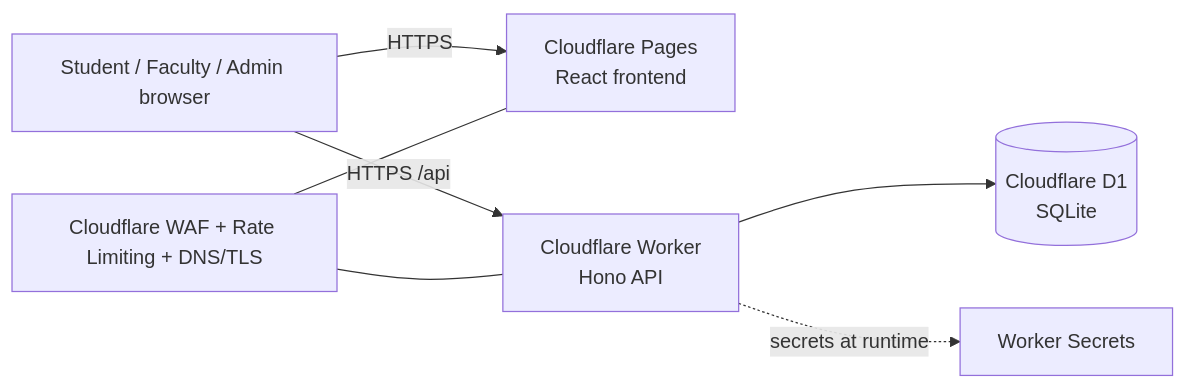
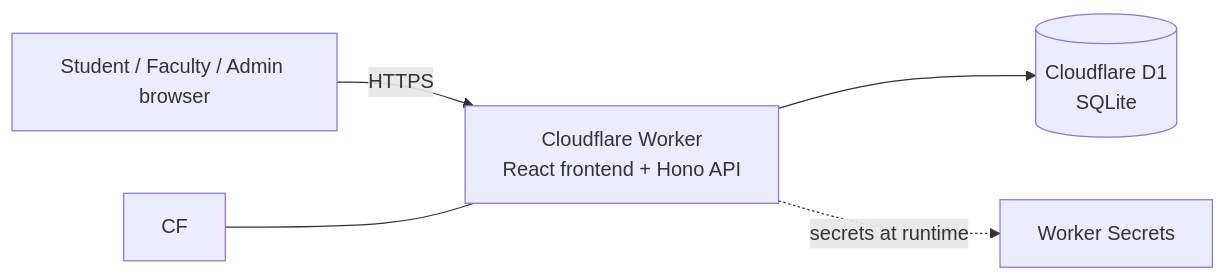
One commit to drewjeanette/Talon changed the diagram in docs/DEPLOYMENT.md. Above: the diagram before and after it, drawn with Mermaid. The commit also changed other lines of this file and 11 other files, not shown here.

````diff
--- a/docs/DEPLOYMENT.md
+++ b/docs/DEPLOYMENT.md
@@ -7,9 +7,7 @@
 ```mermaid
 flowchart LR
-    U[Student / Faculty / Admin browser] -->|HTTPS| P[Cloudflare Pages<br/>React frontend]
-    U -->|HTTPS /api| W[Cloudflare Worker<br/>Hono API]
+    U[Student / Faculty / Admin browser] -->|HTTPS| W[Cloudflare Worker<br/>React frontend + Hono API]
     W --> D[(Cloudflare D1<br/>SQLite)]
     W -.->|secrets at runtime| S[Worker Secrets]
-    CF[Cloudflare WAF + Rate Limiting + DNS/TLS] --- P
     CF --- W
 ```
````
